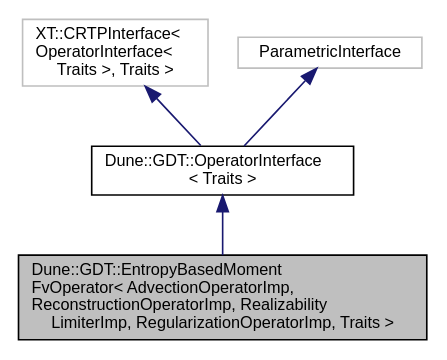
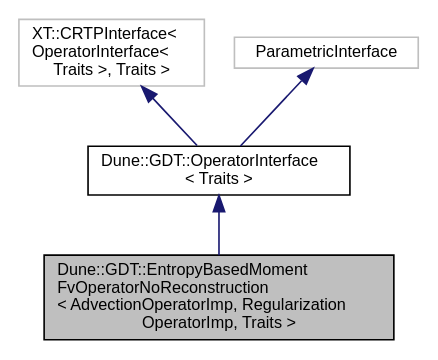
Before and after one commit to dune-community/dune-community.github.io: the diagram in docs/dune-gdt/master/a01980.dot, drawn with Graphviz. The commit also changed 1982 other files, not shown here.

Commit message:
Updated documentation for dune-gdt master

```diff
--- a/docs/dune-gdt/master/a01980.dot
+++ b/docs/dune-gdt/master/a01980.dot
@@ -1,12 +1,12 @@
-digraph "Dune::GDT::EntropyBasedMomentFvOperator&lt; AdvectionOperatorImp, ReconstructionOperatorImp, RealizabilityLimiterImp, RegularizationOperatorImp, Traits &gt;"
+digraph "Dune::GDT::EntropyBasedMomentFvOperatorNoReconstruction&lt; AdvectionOperatorImp, RegularizationOperatorImp, Traits &gt;"
 {
   edge [fontname="Helvetica",fontsize="10",labelfontname="Helvetica",labelfontsize="10"];
   node [fontname="Helvetica",fontsize="10",shape=record];
-  Node0 [label="Dune::GDT::EntropyBasedMoment\lFvOperator\< AdvectionOperatorImp,\l ReconstructionOperatorImp, Realizability\lLimiterImp, RegularizationOperatorImp, Traits \>",height=0.2,width=0.4,color="black", fillcolor="grey75", style="filled", fontcolor="black"];
+  Node0 [label="Dune::GDT::EntropyBasedMoment\lFvOperatorNoReconstruction\l\< AdvectionOperatorImp, Regularization\lOperatorImp, Traits \>",height=0.2,width=0.4,color="black", fillcolor="grey75", style="filled", fontcolor="black"];
   Node1 -> Node0 [dir="back",color="midnightblue",fontsize="10",style="solid",fontname="Helvetica"];
-  Node1 [label="Dune::GDT::OperatorInterface\l\< Traits \>",height=0.2,width=0.4,color="black", fillcolor="white", style="filled",URL="$a02109.html"];
+  Node1 [label="Dune::GDT::OperatorInterface\l\< Traits \>",height=0.2,width=0.4,color="black", fillcolor="white", style="filled",URL="$a02117.html"];
   Node2 -> Node1 [dir="back",color="midnightblue",fontsize="10",style="solid",fontname="Helvetica"];
   Node2 [label="XT::CRTPInterface\<\l OperatorInterface\<\l Traits \>, Traits \>",height=0.2,width=0.4,color="grey75", fillcolor="white", style="filled"];
   Node3 -> Node1 [dir="back",color="midnightblue",fontsize="10",style="solid",fontname="Helvetica"];
   Node3 [label="ParametricInterface",height=0.2,width=0.4,color="grey75", fillcolor="white", style="filled"];
 }
```
